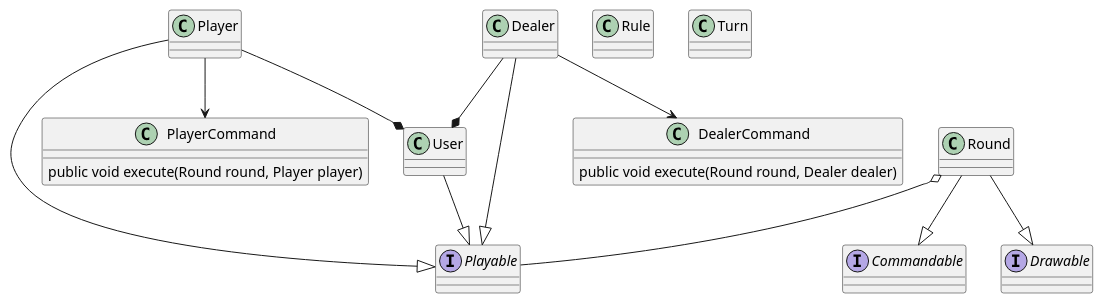
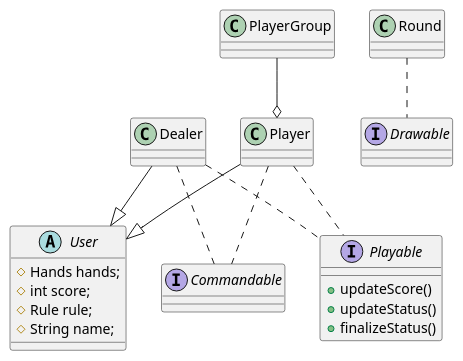
Before and after one commit to jaeyeon-jo-kr/Re.TDD: the diagram in tdd-blackjack/doc/classDiagram.puml, drawn with PlantUML. The commit also changed 1 other file, not shown here.

Commit message:
uml update

```diff
--- a/tdd-blackjack/doc/classDiagram.puml
+++ b/tdd-blackjack/doc/classDiagram.puml
@@ -1,43 +1,32 @@
 @startuml classDiagram
-Interface Playable {
 
+abstract class User{
+    #Hands hands;    
+    #int score;        
+    #Rule rule;
+    #String name;
 }
-Interface Commandable
-{
-    
+class Dealer
+class Player
+interface Commandable
+interface Playable {
+    + updateScore()
+    + updateStatus()
+    + finalizeStatus()   
 }
+class Round
+interface Drawable
+class PlayerGroup
 
-Interface Drawable 
-{
-
-}
-class DealerCommand
-{
-    public void execute(Round round, Dealer dealer)   
-}
-class PlayerCommand
-{
-    public void execute(Round round, Player player)
-}
-class Rule
-{
-    
-}
-class Turn
-Player --|> Playable
-User --|> Playable
-Dealer --|> Playable
-Round o-- Playable
-
-Player --* User
-Dealer --* User
-
-Round --|> Drawable
-Round --|> Commandable
-
-Player --> PlayerCommand
-Dealer --> DealerCommand
+Dealer --|> User
+Player --|> User
+Dealer .. Playable
+Player .. Playable
+Dealer .. Commandable
+Player .. Commandable
+Round .. Drawable
+PlayerGroup --o Player
 
 
 
 @enduml
```
